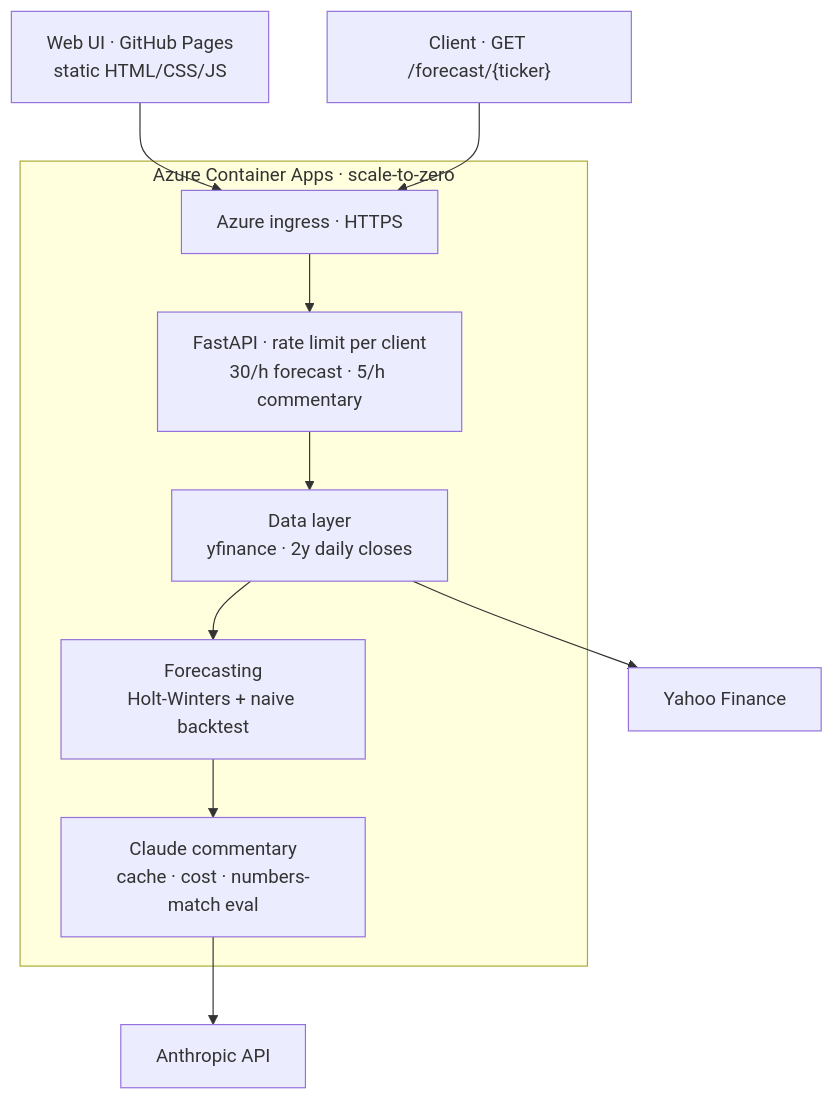
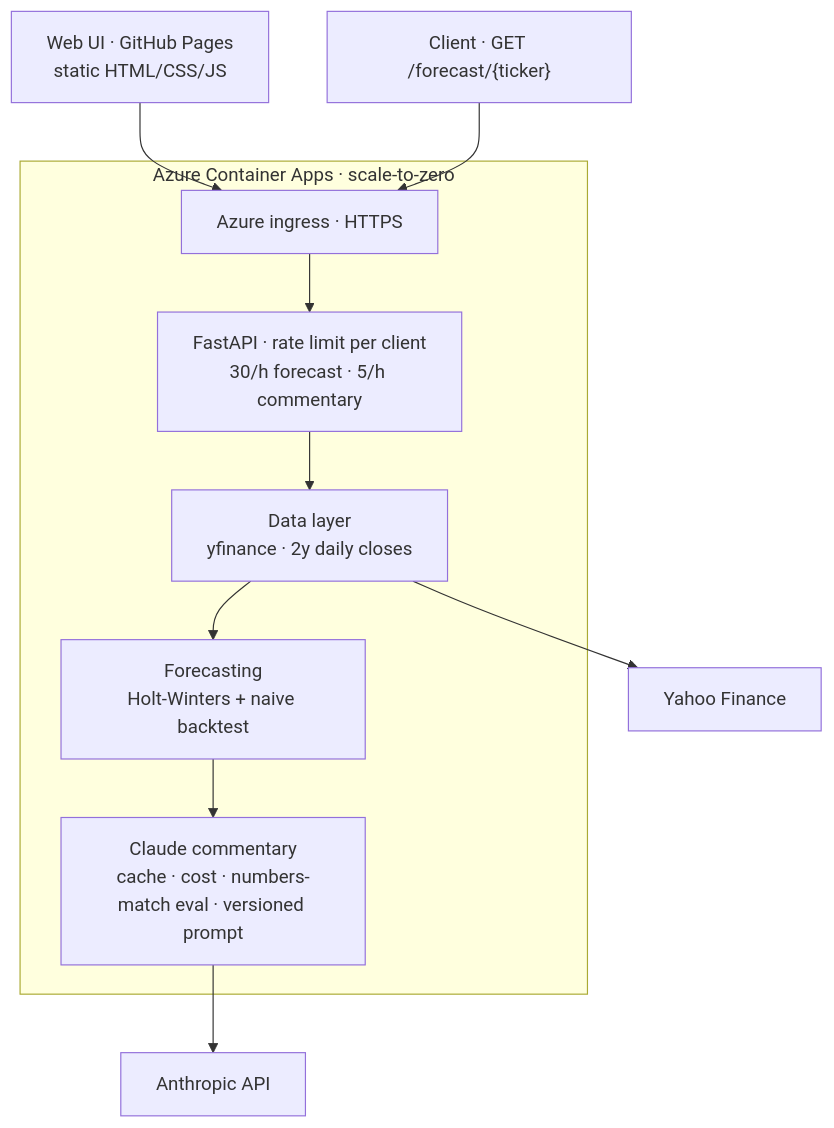
One commit to timur-us/forecastpilot changed the first of 2 diagrams in README.md. Above: the diagram before and after it, drawn with Mermaid. The commit also changed other lines of this file, not shown here.

````diff
--- a/README.md
+++ b/README.md
@@ -31,13 +31,13 @@
 ```mermaid
 flowchart TB
     W["Web UI · GitHub Pages<br/>static HTML/CSS/JS"] --> I
     C["Client · GET /forecast/{ticker}"] --> I
     subgraph ACA["Azure Container Apps · scale-to-zero"]
         I["Azure ingress · HTTPS"] --> R["FastAPI · rate limit per client<br/>30/h forecast · 5/h commentary"]
         R --> D["Data layer<br/>yfinance · 2y daily closes"]
         D --> F["Forecasting<br/>Holt-Winters + naive backtest"]
-        F --> L["Claude commentary<br/>cache · cost · numbers-match eval"]
+        F --> L["Claude commentary<br/>cache · cost · numbers-match eval · versioned prompt"]
     end
     D --> Y["Yahoo Finance"]
     L --> A["Anthropic API"]
 ```
````
